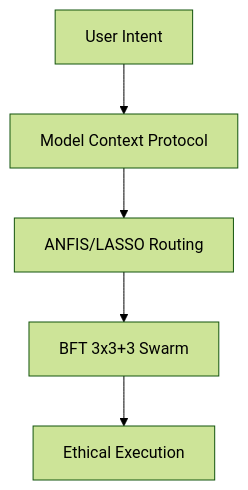
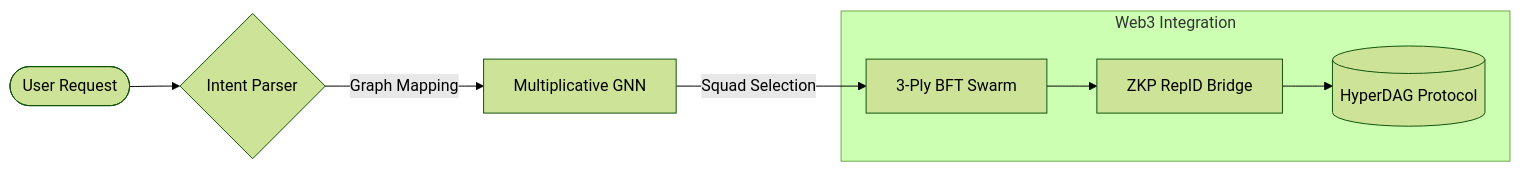
Before and after one commit to DealAppSeo/hyperdag-platform: the diagram in README.md, drawn with Mermaid (forest theme). The commit also changed other lines of this file, not shown here.

Commit message:
docs: upgrade orchestration bridge overview with Multiplicative GNN coordination diagrams and ecosystem cross-links.

````diff
--- a/README.md
+++ b/README.md
@@ -15,7 +18,11 @@
 ```mermaid
-graph TD
-    INTENT[User Intent] --> MCP[Model Context Protocol]
-    MCP --> ANFIS[ANFIS/LASSO Routing]
-    ANFIS --> BFT[BFT 3x3+3 Swarm]
-    BFT --> OUT[Ethical Execution]
+graph LR
+    User([User Request]) --> Intent{Intent Parser}
+    Intent -->|Graph Mapping| GNN[Multiplicative GNN]
+    GNN -->|Squad Selection| BFT[3-Ply BFT Swarm]
+    
+    subgraph "Web3 Integration"
+    BFT --> Bridge[ZKP RepID Bridge]
+    Bridge --> Protocol[(HyperDAG Protocol)]
+    end
 ```
````
